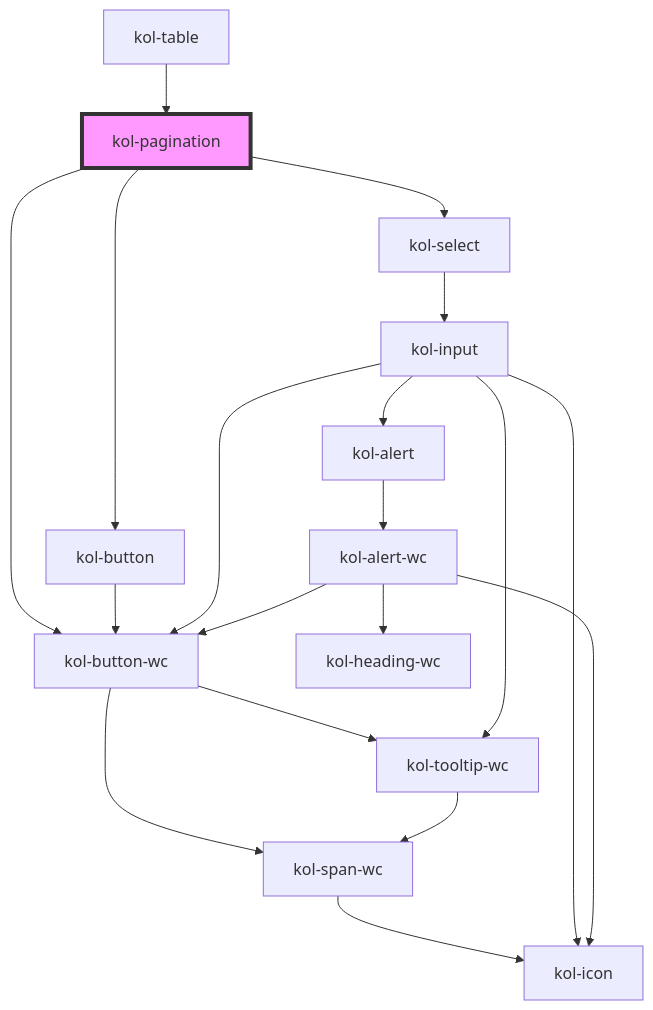
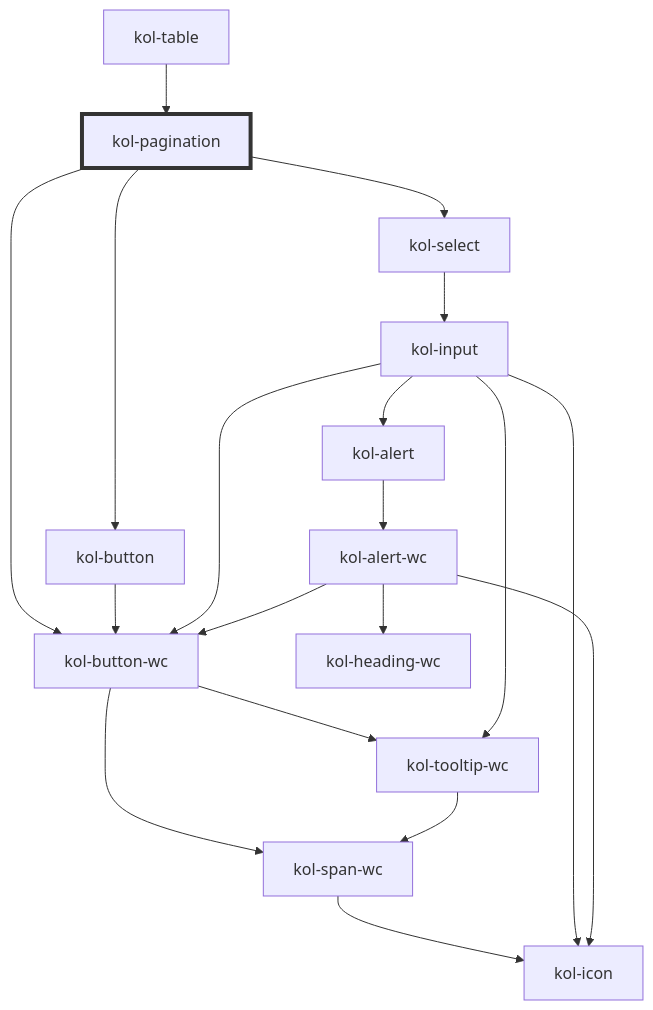
Before and after one commit to public-ui/kolibri: the diagram in packages/components/src/components/pagination/readme.md, drawn with Mermaid. The commit also changed 372 other files, not shown here.

````diff
--- a/packages/components/src/components/pagination/readme.md
+++ b/packages/components/src/components/pagination/readme.md
@@ -78,22 +78,22 @@
 ```mermaid
 graph TD;
   kol-pagination --> kol-button
   kol-pagination --> kol-select
   kol-pagination --> kol-button-wc
   kol-button --> kol-button-wc
   kol-button-wc --> kol-span-wc
   kol-button-wc --> kol-tooltip-wc
   kol-span-wc --> kol-icon
   kol-tooltip-wc --> kol-span-wc
   kol-select --> kol-input
   kol-input --> kol-icon
   kol-input --> kol-button-wc
   kol-input --> kol-tooltip-wc
   kol-input --> kol-alert
   kol-alert --> kol-alert-wc
   kol-alert-wc --> kol-heading-wc
   kol-alert-wc --> kol-button-wc
   kol-alert-wc --> kol-icon
   kol-table --> kol-pagination
-  style kol-pagination fill:#f9f,stroke:#333,stroke-width:4px
+  style kol-pagination stroke:#333,stroke-width:4px
 ```
````
